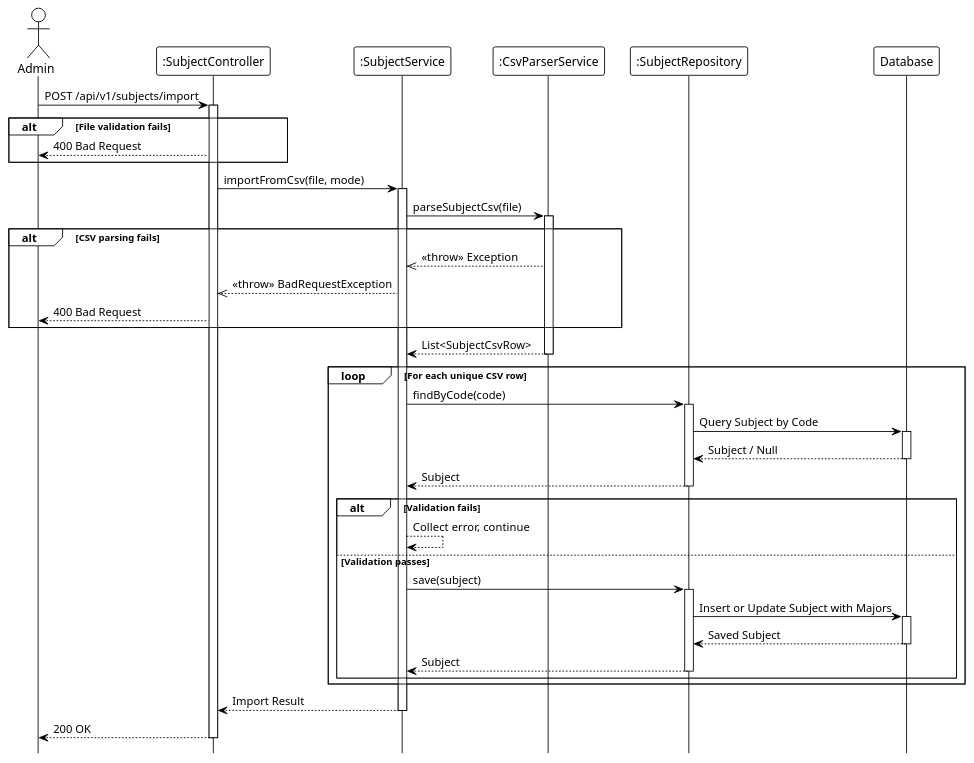
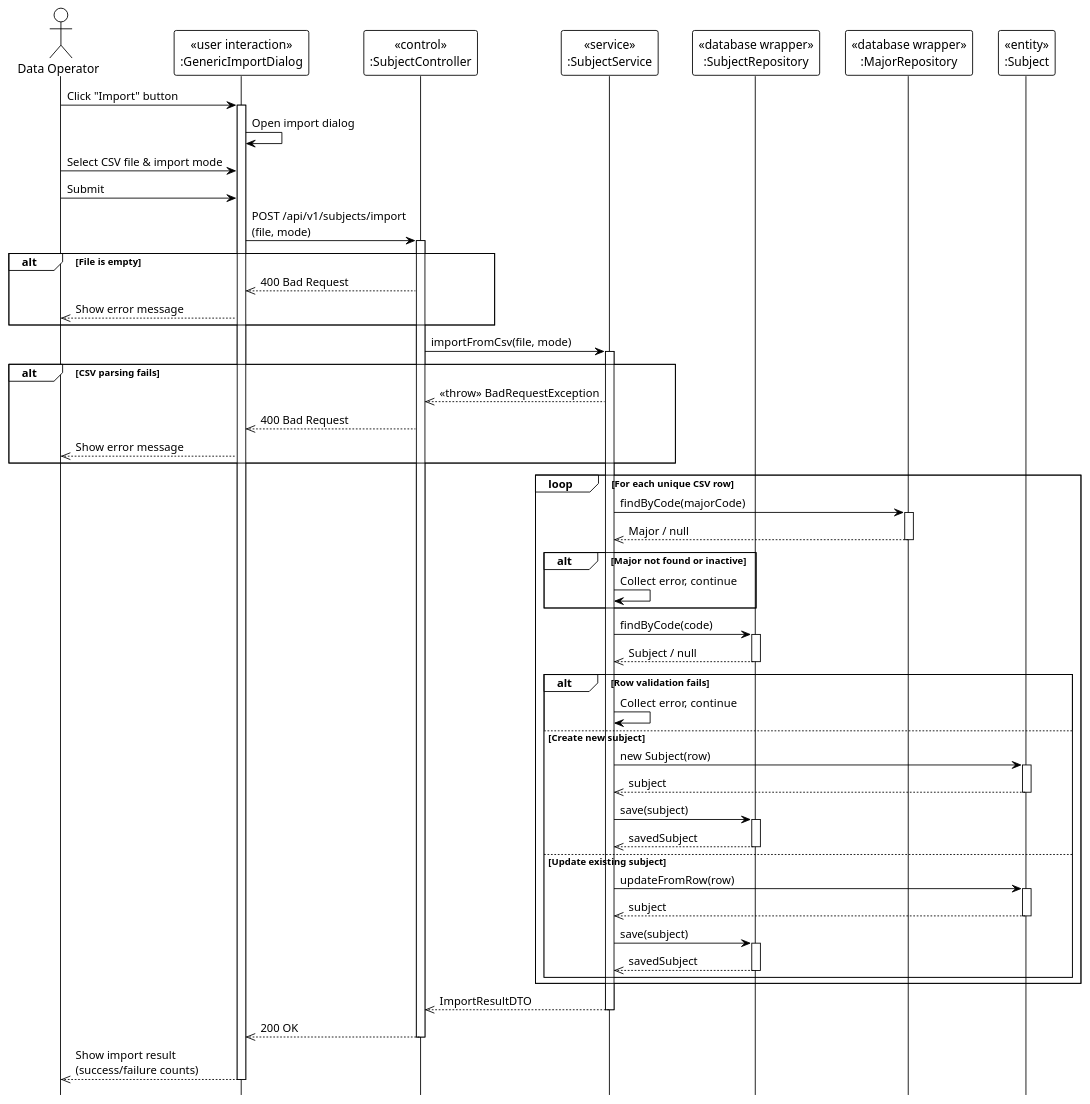
One commit to Ndh474/context changed the diagram in system_detailed_design/22_import_csv_subject/sequence_diagram_import_csv_subject.puml. Above: the diagram before and after it, drawn with PlantUML. The commit also changed 5 other files, not shown here.

Commit message:
docs(system_detailed_design): add UML stereotypes to subject sequence diagrams

```diff
--- a/system_detailed_design/22_import_csv_subject/sequence_diagram_import_csv_subject.puml
+++ b/system_detailed_design/22_import_csv_subject/sequence_diagram_import_csv_subject.puml
@@ -1,81 +1,92 @@
 @startuml import_csv_subject
 !theme plain
 hide footbox
 
-actor Admin
-participant ":SubjectController" as Controller
-participant ":SubjectService" as Service
-participant ":CsvParserService" as CsvParser
-participant ":SubjectRepository" as Repository
-participant "Database" as DB
+actor "Data Operator" as DataOperator
 
-' --- MAIN FLOW ---
-Admin -> Controller: POST /api/v1/subjects/import
+participant "«user interaction»\n:GenericImportDialog" as UI
+participant "«control»\n:SubjectController" as Controller
+participant "«service»\n:SubjectService" as Service
+participant "«database wrapper»\n:SubjectRepository" as Repository
+participant "«database wrapper»\n:MajorRepository" as MajorRepository
+participant "«entity»\n:Subject" as Entity
+
+' === MAIN FLOW ===
+DataOperator -> UI: Click "Import" button
+activate UI
+
+UI -> UI: Open import dialog
+
+DataOperator -> UI: Select CSV file & import mode
+
+DataOperator -> UI: Submit
+UI -> Controller: POST /api/v1/subjects/import\n(file, mode)
 activate Controller
 
-' File validation (internal)
-
-alt File validation fails
-    Controller --> Admin: 400 Bad Request
+alt File is empty
+    Controller -->> UI: 400 Bad Request
+    UI -->> DataOperator: Show error message
 end
 
 Controller -> Service: importFromCsv(file, mode)
 activate Service
 
-' --- CSV PARSING ---
-Service -> CsvParser: parseSubjectCsv(file)
-activate CsvParser
-
+' === PARSE CSV ===
 alt CSV parsing fails
-    CsvParser -->> Service: <<throw>> Exception
     Service -->> Controller: <<throw>> BadRequestException
-    Controller --> Admin: 400 Bad Request
+    Controller -->> UI: 400 Bad Request
+    UI -->> DataOperator: Show error message
 end
 
-CsvParser --> Service: List<SubjectCsvRow>
-deactivate CsvParser
+' === BATCH PROCESSING ===
+loop For each unique CSV row
+    ' === LOOKUP MAJORS BY CODE ===
+    Service -> MajorRepository: findByCode(majorCode)
+    activate MajorRepository
+    MajorRepository -->> Service: Major / null
+    deactivate MajorRepository
 
-' CSV deduplication (internal)
-
-' --- BATCH PROCESSING LOOP ---
-loop For each unique CSV row
-    ' Row validation (internal: majors, code/name uniqueness)
+    alt Major not found or inactive
+        Service -> Service: Collect error, continue
+    end
 
     Service -> Repository: findByCode(code)
     activate Repository
-
-    Repository -> DB: Query Subject by Code
-    activate DB
-    DB --> Repository: Subject / Null
-    deactivate DB
-
-    Repository --> Service: Subject
+    Repository -->> Service: Subject / null
     deactivate Repository
 
-    ' Business logic: create or update based on mode (internal)
+    alt Row validation fails
+        Service -> Service: Collect error, continue
+    else Create new subject
+        Service -> Entity: new Subject(row)
+        activate Entity
+        Entity -->> Service: subject
+        deactivate Entity
 
-    alt Validation fails
-        Service --> Service: Collect error, continue
-    else Validation passes
         Service -> Repository: save(subject)
         activate Repository
+        Repository -->> Service: savedSubject
+        deactivate Repository
+    else Update existing subject
+        Service -> Entity: updateFromRow(row)
+        activate Entity
+        Entity -->> Service: subject
+        deactivate Entity
 
-        Repository -> DB: Insert or Update Subject with Majors
-        activate DB
-        DB --> Repository: Saved Subject
-        deactivate DB
-
-        Repository --> Service: Subject
+        Service -> Repository: save(subject)
+        activate Repository
+        Repository -->> Service: savedSubject
         deactivate Repository
     end
 end
 
-' Build result with success/failure counts (internal)
-
-Service --> Controller: Import Result
+Service -->> Controller: ImportResultDTO
 deactivate Service
 
-Controller --> Admin: 200 OK
+Controller -->> UI: 200 OK
 deactivate Controller
 
+UI -->> DataOperator: Show import result\n(success/failure counts)
+deactivate UI
+
 @enduml
```
